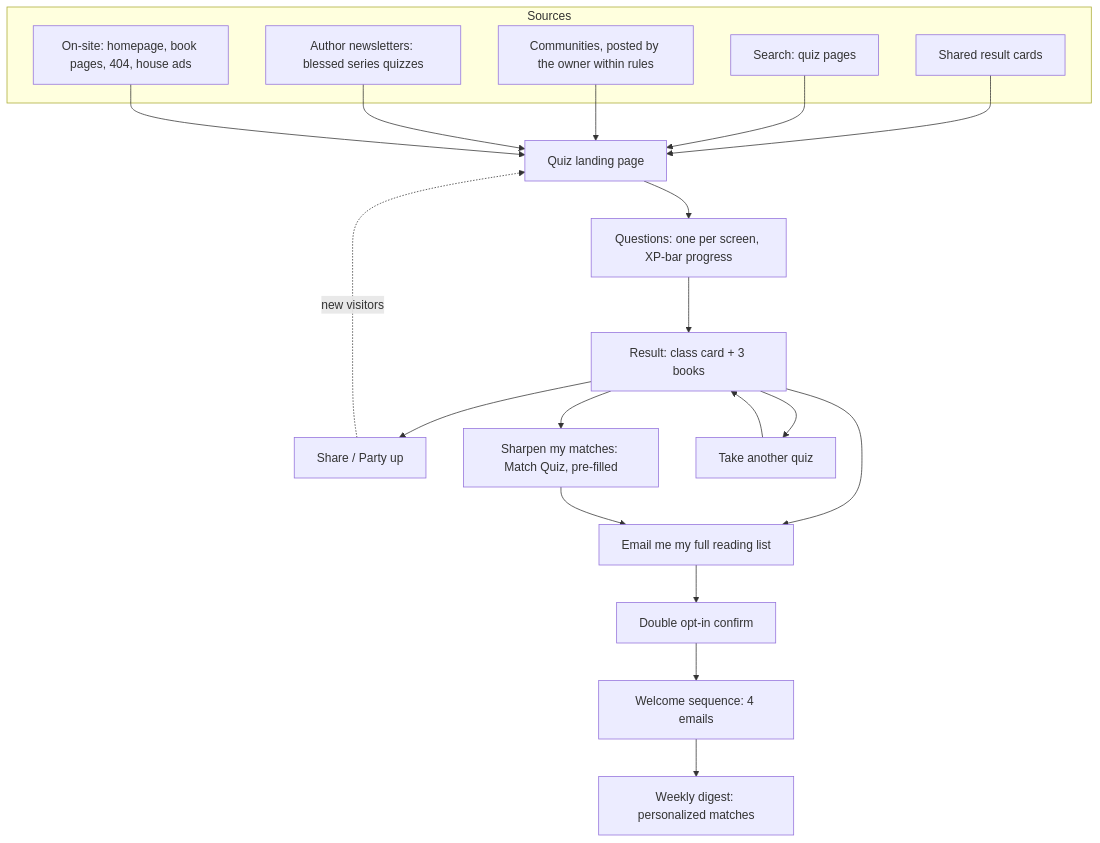
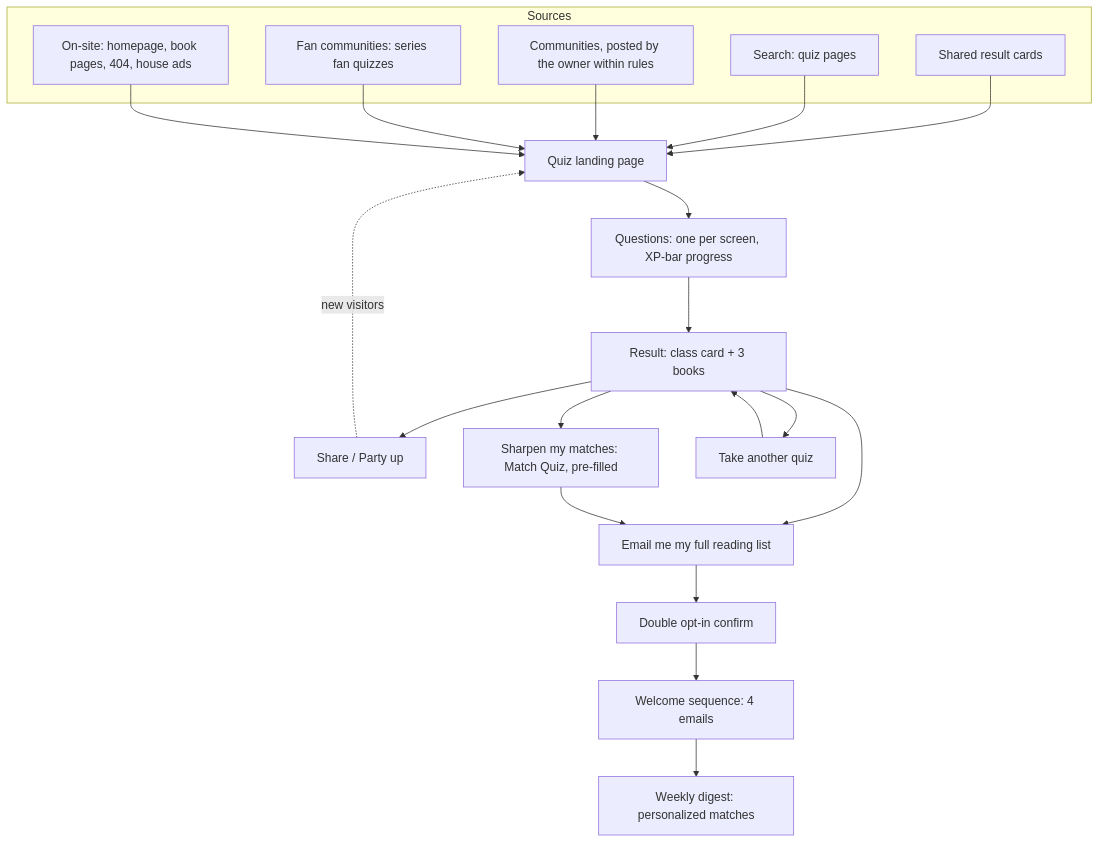
Before and after one commit to brocGit/readlitrpg.com: the diagram in docs/QUIZZES.md, drawn with Mermaid. The commit also changed other lines of this file and 7 other files, not shown here.

First line of the commit message:
Make fan quizzes permissionless and take content work off the owner

````diff
--- a/docs/QUIZZES.md
+++ b/docs/QUIZZES.md
@@ -100,23 +106,23 @@
 ```mermaid
 flowchart TD
   subgraph Sources
     S1[Shared result cards]
     S2[Search: quiz pages]
     S3[Communities, posted by the owner within rules]
-    S4[Author newsletters: blessed series quizzes]
+    S4[Fan communities: series fan quizzes]
     S5[On-site: homepage, book pages, 404, house ads]
   end
   S1 & S2 & S3 & S4 & S5 --> L[Quiz landing page]
   L --> Q[Questions: one per screen, XP-bar progress]
   Q --> R[Result: class card + 3 books]
   R --> SH[Share / Party up]
   SH -. new visitors .-> L
   R --> E[Email me my full reading list]
   R --> MQ[Sharpen my matches: Match Quiz, pre-filled]
   R --> NQ[Take another quiz]
   E --> DOI[Double opt-in confirm]
   DOI --> W[Welcome sequence: 4 emails]
   W --> D[Weekly digest: personalized matches]
   MQ --> E
   NQ --> R
 ```
````
